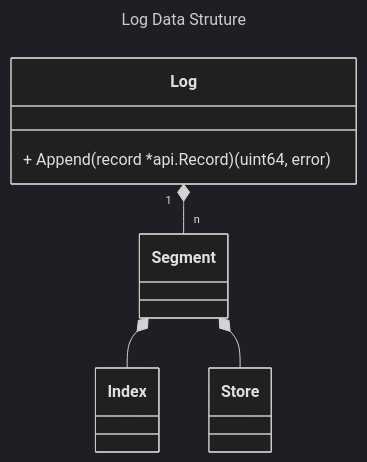
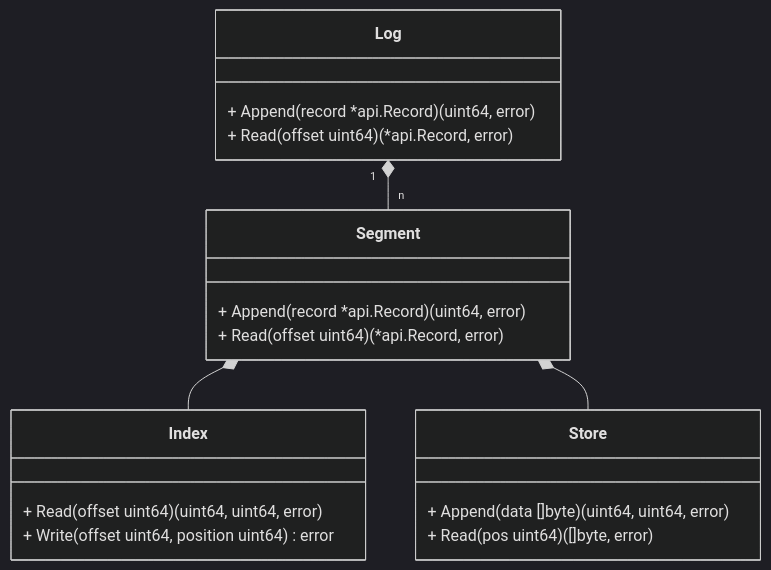
Before and after one commit to yongsheng1992/yawal: the diagram in README.md, drawn with Mermaid (dark theme). The commit also changed 3 other files, not shown here.

````diff
--- a/README.md
+++ b/README.md
@@ -12,13 +12,26 @@
 ```mermaid
----
-title: Log Data Struture 
----
 classDiagram
+    class Log {
+        + Append(record *api.Record) (uint64, error)
+        + Read(offset uint64) (*api.Record, error)
+    }
+
+    class Segment {
+        + Append(record *api.Record) (uint64, error)
+        + Read(offset uint64) (*api.Record, error)
+    }
+
+    class Index {
+        + Read(offset uint64) (uint64, uint64, error)
+        + Write(offset uint64, position uint64) error
+    }
+
+    class Store {
+        + Append(data []byte) (uint64, uint64, error)
+        + Read(pos uint64) ([]byte, error)
+    }
+
     Log "1" *-- "n" Segment
     Segment *-- Index
     Segment *-- Store
-    
-    class Log {
-        + Append(record *api.Record) (uint64, error)
-    }
 ```
````
